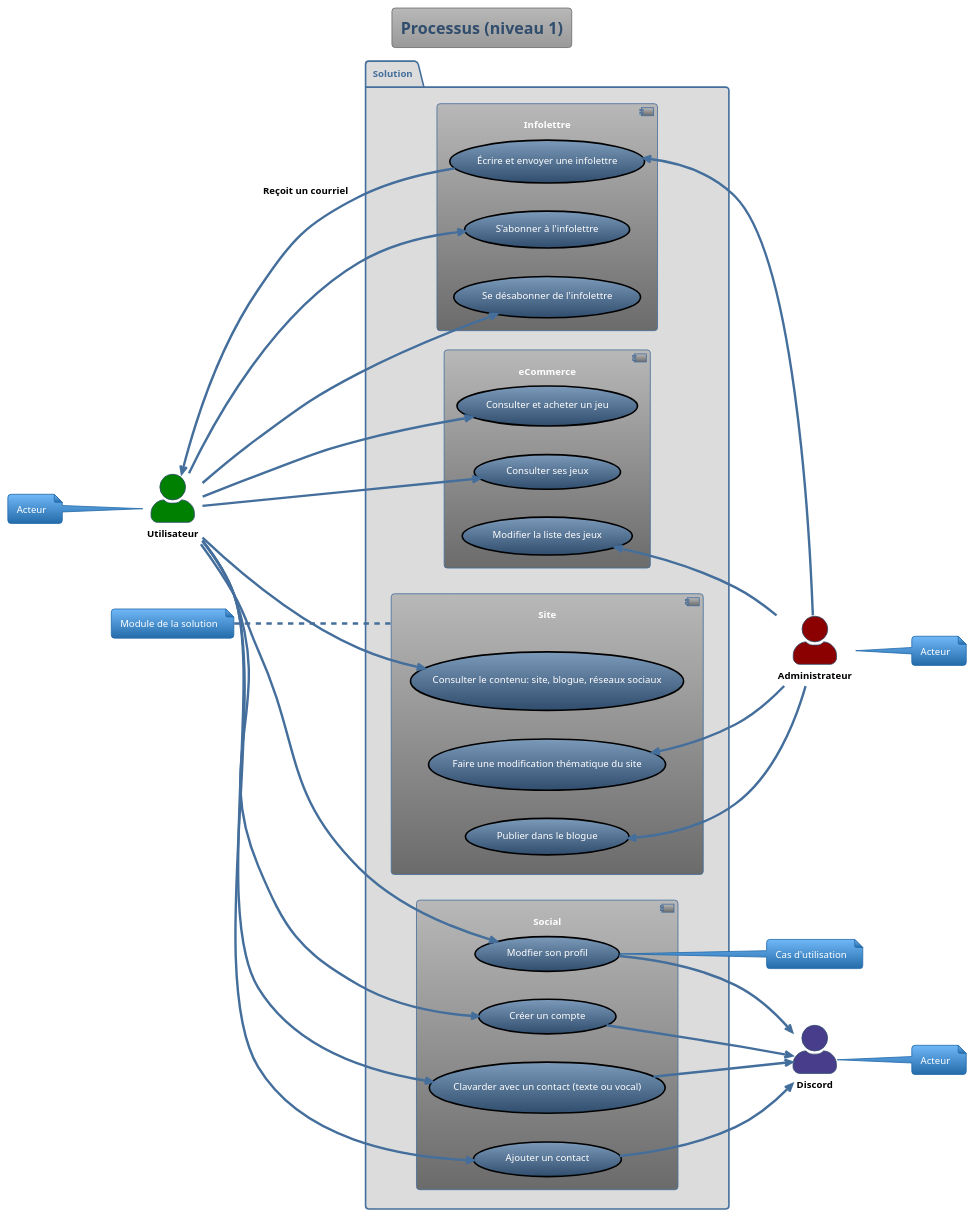
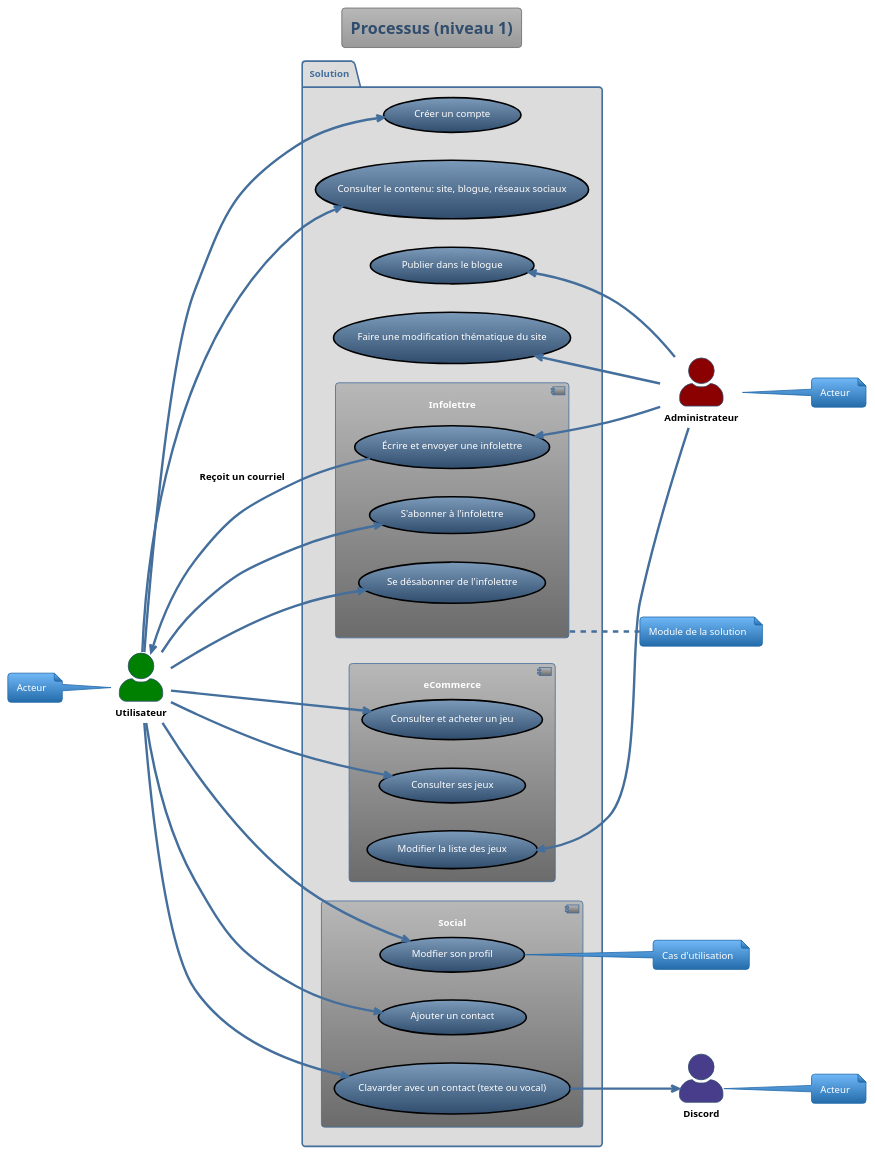
The diagram in diagramme_CUs.puml (Jacob-Cossette/GTI510), drawn with PlantUML before and after one commit.

```diff
--- a/diagramme_CUs.puml
+++ b/diagramme_CUs.puml
@@ -1,84 +1,82 @@
 @startuml UsecaseDiagram
 title Processus (niveau 1)
 !theme spacelab
 
 left to right direction
 skinparam ArrowFontColor Black
 skinparam ArrowFontStyle Bold
 skinparam actorStyle awesome
 skinparam ActorFontColor Black
 skinparam ActorFontStyle Bold
 skinparam usecaseBorderColor Black
 
 actor "Utilisateur" as User #Green
 actor "Administrateur" as Admin #DarkRed
 actor "Discord" as Discord #DarkSlateBlue
 
 package Solution #Gainsboro {
+    ' component "Général" as General {
+        (Créer un compte) as CreateAccount
+        (Consulter le contenu: site, blogue, réseaux sociaux) as ViewContent
+        (Publier dans le blogue) as PublishBlog
+        (Faire une modification thématique du site) as EditSiteTheme
+    ' }
+
     component Infolettre {
         (Écrire et envoyer une infolettre) as SendNewsletter
         (S'abonner à l'infolettre) as SubscribeNewsletter
         (Se désabonner de l'infolettre) as UnsubscribeNewsletter
     }
 
     component eCommerce {
         (Consulter et acheter un jeu) as ViewAndBuyGame
         (Consulter ses jeux) as ViewMyGames
         (Modifier la liste des jeux) as EditGameList
     }
 
     component Social {
-        (Créer un compte) as CreateAccount
         (Modfier son profil) as EditProfile
         (Ajouter un contact) as AddContact
         (Clavarder avec un contact &#40;texte ou vocal&#41;) as ChatWithContact
-    }
-
-    component Site {
-        (Consulter le contenu: site, blogue, réseaux sociaux) as ViewContent
-        (Publier dans le blogue) as PublishBlog
-        (Faire une modification thématique du site) as EditSiteTheme
     }
 
     (SendNewsletter) <-- Admin 
     (PublishBlog) <-- Admin 
     (EditGameList) <-- Admin 
     (EditSiteTheme) <-- Admin 
 
     User --> (ViewContent)
     User --> (CreateAccount)
     User --> (EditProfile)
     User --> (ViewAndBuyGame)
     User --> (ViewMyGames)
     User --> (AddContact)
     User --> (ChatWithContact)
     User --> (SubscribeNewsletter)
     User --> (UnsubscribeNewsletter)
     User <-- (SendNewsletter) : Reçoit un courriel
 
-    (CreateAccount) --> Discord
-    (EditProfile) --> Discord
-    (AddContact) --> Discord
     (ChatWithContact) --> Discord
 }
 
 note right of Admin {
     Acteur
 }
 
 note right of Discord {
     Acteur
 }
 
 note left of User {
     Acteur
 }
 
 note right of EditProfile {
     Cas d'utilisation
 }
 
-note left of Site {
+note right of Infolettre {
     Module de la solution
 }
+
 @enduml
```
